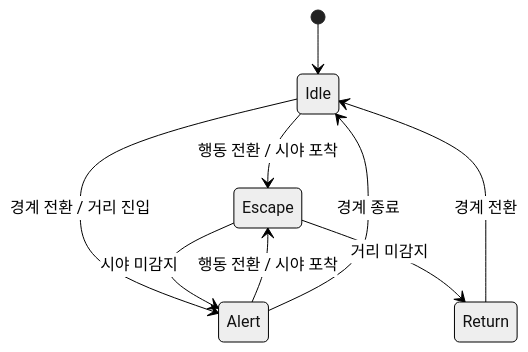
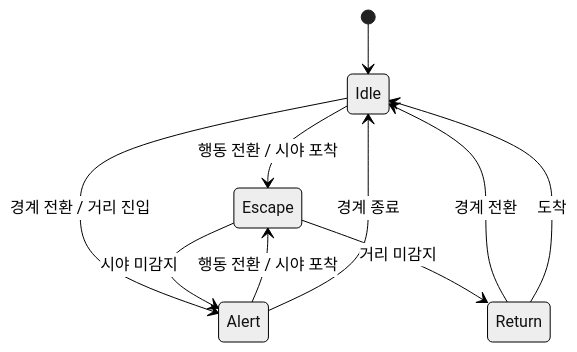
One commit to Youngdu-Min/Data-Driven-Monster-AI changed the sixth of 9 diagrams in docs/TechnicalDesign.md. Above: the diagram before and after it, drawn with Mermaid (neutral theme). The commit also changed other lines of this file and 3 other files, not shown here.

````diff
--- a/docs/TechnicalDesign.md
+++ b/docs/TechnicalDesign.md
@@ -463,11 +476,12 @@
 ```mermaid
 stateDiagram-v2
     [*] --> Idle
     Idle --> Escape : 행동 전환 / 시야 포착
     Idle --> Alert : 경계 전환 / 거리 진입
     Alert --> Escape : 행동 전환 / 시야 포착
     Alert --> Idle : 경계 종료
     Escape --> Alert : 시야 미감지
     Escape --> Return : 거리 미감지
     Return --> Idle : 경계 전환
+    Return --> Idle : 도착
 ```
````
